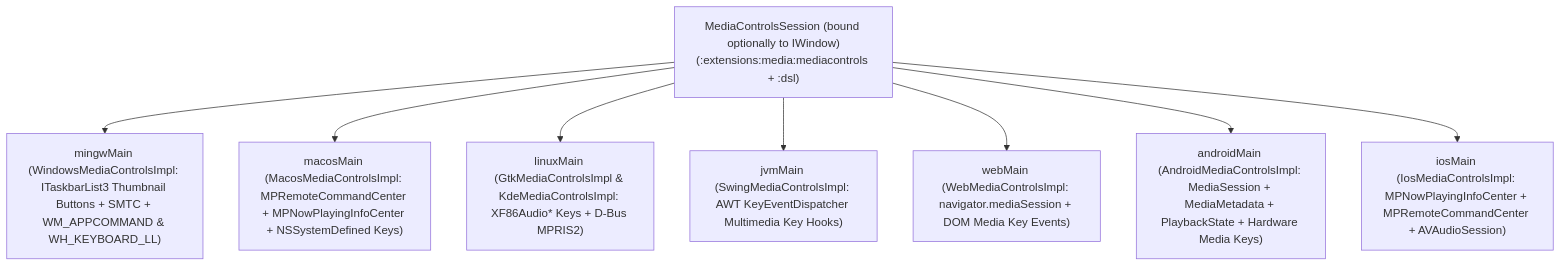
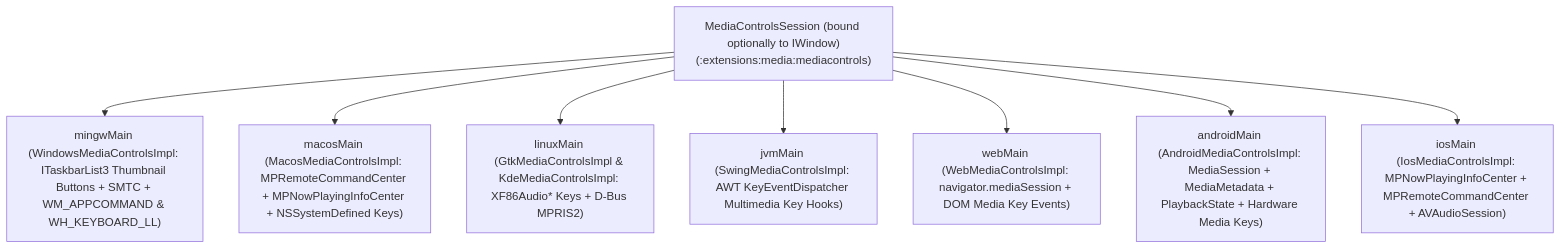
The diagram in docs/mediacontrols.md (GenericUI/Extensions), drawn with Mermaid before and after one commit. The commit also changed other lines of this file and 481 other files, not shown here.

Commit message:
Add SVG, IPC, and Alien companion extensions; overhaul WebView desktop IPC, favicon extraction, rendering, and update Schema/ServiceWorker/Media/PiP/docs

````diff
--- a/docs/mediacontrols.md
+++ b/docs/mediacontrols.md
@@ -18,19 +18,19 @@
 ```mermaid
 flowchart TD
-    Session["MediaControlsSession (bound optionally to IWindow)<br/>(:extensions:media:mediacontrols + :dsl)"]
+    Session["MediaControlsSession (bound optionally to IWindow)<br/>(:extensions:media:mediacontrols)"]
     Win["mingwMain (WindowsMediaControlsImpl: ITaskbarList3 Thumbnail Buttons + SMTC + WM_APPCOMMAND & WH_KEYBOARD_LL)"]
     Mac["macosMain (MacosMediaControlsImpl: MPRemoteCommandCenter + MPNowPlayingInfoCenter + NSSystemDefined Keys)"]
     Linux["linuxMain (GtkMediaControlsImpl & KdeMediaControlsImpl: XF86Audio* Keys + D-Bus MPRIS2)"]
     Swing["jvmMain (SwingMediaControlsImpl: AWT KeyEventDispatcher Multimedia Key Hooks)"]
     Web["webMain (WebMediaControlsImpl: navigator.mediaSession + DOM Media Key Events)"]
     Android["androidMain (AndroidMediaControlsImpl: MediaSession + MediaMetadata + PlaybackState + Hardware Media Keys)"]
     Ios["iosMain (IosMediaControlsImpl: MPNowPlayingInfoCenter + MPRemoteCommandCenter + AVAudioSession)"]
 
     Session --> Win
     Session --> Mac
     Session --> Linux
     Session --> Swing
     Session --> Web
     Session --> Android
     Session --> Ios
 ```
````
